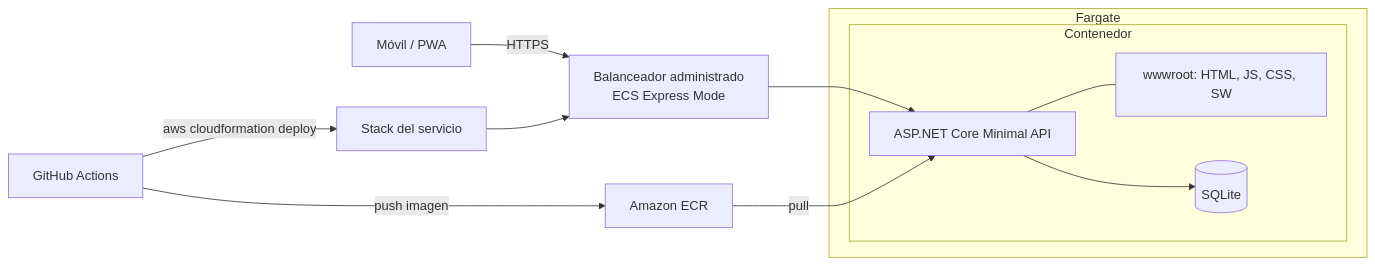
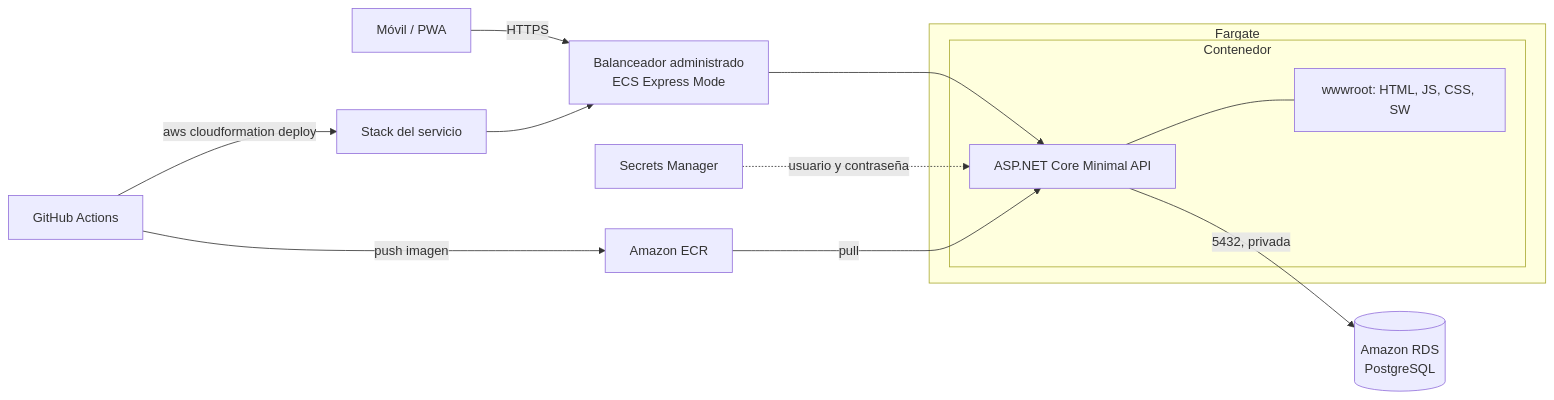
One commit to saulgmx/habit-tracker changed the diagram in docs/02-diseno/arquitectura.md. Above: the diagram before and after it, drawn with Mermaid. The commit also changed other lines of this file and 13 other files, not shown here.

Commit message:
docs: documentación del día 2 con PostgreSQL en RDS y ADR-004 aceptada (#8)

````diff
--- a/docs/02-diseno/arquitectura.md
+++ b/docs/02-diseno/arquitectura.md
@@ -3,18 +3,20 @@
 ```mermaid
 flowchart LR
     U[Móvil / PWA] -->|HTTPS| ALB[Balanceador administrado<br/>ECS Express Mode]
     subgraph Fargate
         subgraph Contenedor
             API[ASP.NET Core Minimal API]
             WWW[wwwroot: HTML, JS, CSS, SW]
-            DB[(SQLite)]
             API --- WWW
-            API --> DB
         end
     end
+    DB[(Amazon RDS<br/>PostgreSQL)]
+    SM[Secrets Manager]
     ALB --> API
+    API -->|5432, privada| DB
+    SM -.->|usuario y contraseña| API
     GH[GitHub Actions] -->|push imagen| ECR[Amazon ECR]
     GH -->|aws cloudformation deploy| CFN[Stack del servicio]
     CFN --> ALB
     ECR -->|pull| API
 ```
````
